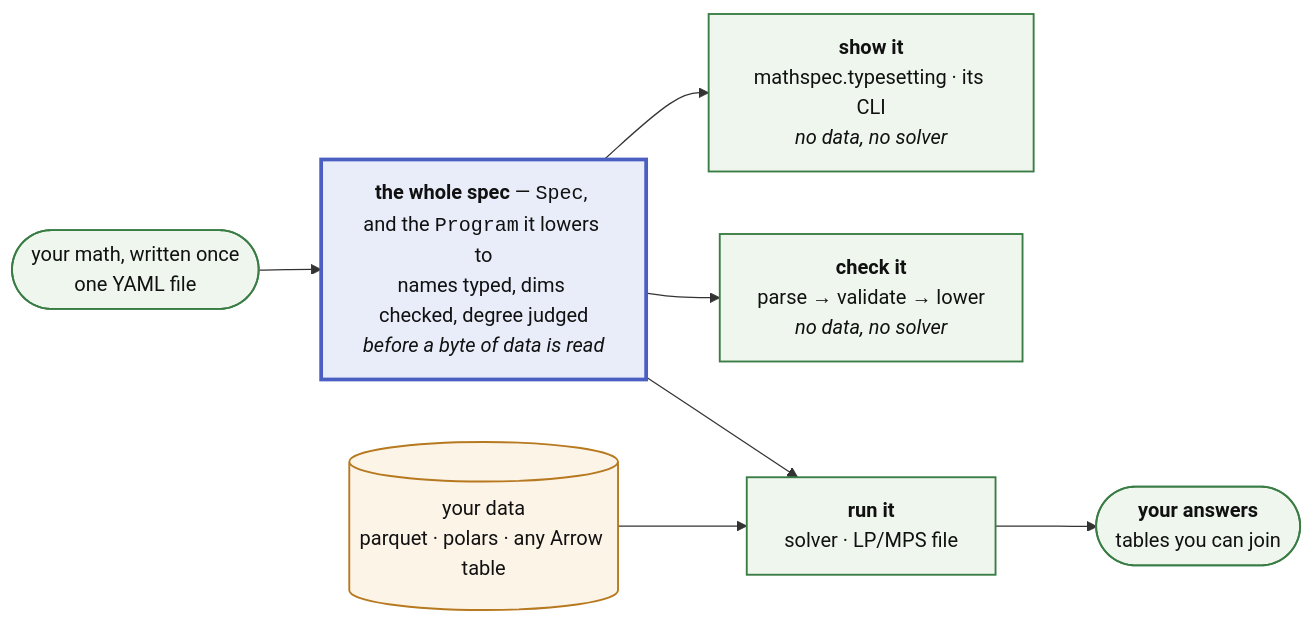
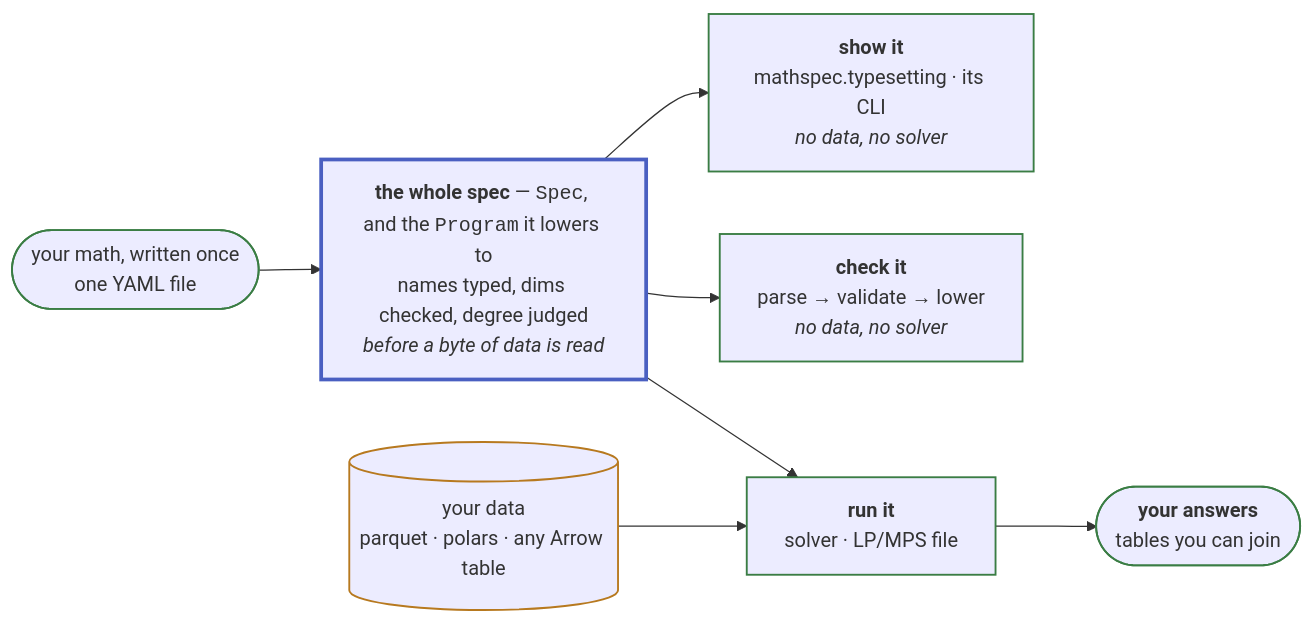
Before and after one commit to fluxopt/lpspec: the second of 2 diagrams in docs/about/architecture.md, drawn with Mermaid. The commit also changed other lines of this file and 3 other files, not shown here.

Commit message:
docs: the site follows the reader's light or dark setting in its own violet colour, with code, diagrams and footnotes readable in both (#1767)

````diff
--- a/docs/about/architecture.md
+++ b/docs/about/architecture.md
@@ -155,16 +155,16 @@
 ```mermaid
 flowchart LR
     Y(["your math, written once<br/>one YAML file"]) --> AST
     AST["<b>the whole spec</b> — <code>Spec</code>, and the <code>Program</code> it lowers to<br/>names typed, dims checked, degree judged<br/><i>before a byte of data is read</i>"]
     AST --> SHOW["<b>show it</b><br/>mathspec.typesetting · its CLI<br/><i>no data, no solver</i>"]
     AST --> CHECK["<b>check it</b><br/>parse → validate → lower<br/><i>no data, no solver</i>"]
     AST --> RUN["<b>run it</b><br/>solver · LP/MPS file"]
     DATA[("your data<br/>parquet · polars · any Arrow table")] --> RUN
     RUN --> ANS(["<b>your answers</b><br/>tables you can join"])
-    classDef built fill:#eef6ee,stroke:#3a7d44,stroke-width:1.5px,color:#111
-    classDef waist fill:#e9edfa,stroke:#4a5fc1,stroke-width:3px,color:#111
-    classDef data fill:#fdf4e8,stroke:#b7791f,stroke-width:1.5px,color:#111
+    classDef built stroke:#3a7d44,stroke-width:1.5px
+    classDef waist stroke:#4a5fc1,stroke-width:3px
+    classDef data stroke:#b7791f,stroke-width:1.5px
     class Y,SHOW,CHECK,RUN,ANS built
     class AST waist
     class DATA data
 ```
````
